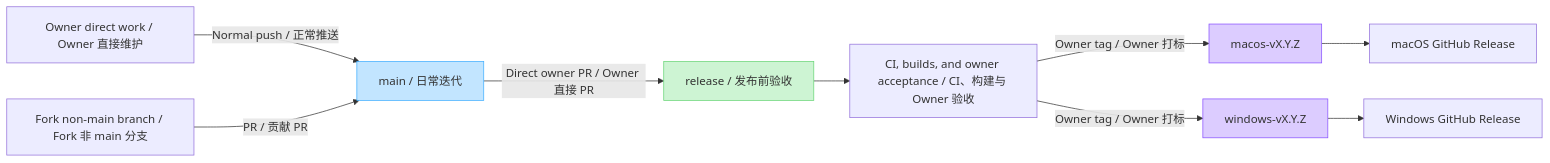
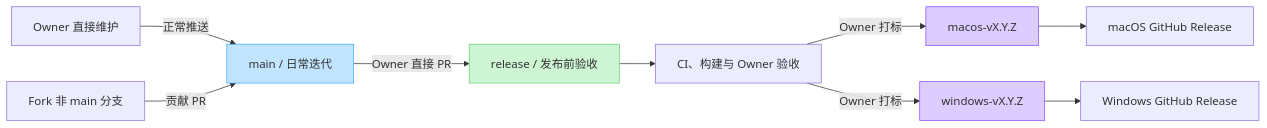
One commit to shotpaste/shotpaste changed the diagram in CONTRIBUTING.md. Above: the diagram before and after it, drawn with Mermaid. The commit also changed other lines of this file and 107 other files, not shown here.

Commit message:
refactor: align recording flows and documentation

````diff
--- a/CONTRIBUTING.md
+++ b/CONTRIBUTING.md
@@ -123,26 +87,26 @@
 ```mermaid
 flowchart LR
-    ownerDirect["Owner direct work / Owner 直接维护"]
-    forkBranch["Fork non-main branch / Fork 非 main 分支"]
+    ownerDirect["Owner 直接维护"]
+    forkBranch["Fork 非 main 分支"]
     mainBranch["main / 日常迭代"]
     releaseBranch["release / 发布前验收"]
-    acceptance["CI, builds, and owner acceptance / CI、构建与 Owner 验收"]
+    acceptance["CI、构建与 Owner 验收"]
     macTag["macos-vX.Y.Z"]
     windowsTag["windows-vX.Y.Z"]
     macRelease["macOS GitHub Release"]
     windowsRelease["Windows GitHub Release"]
 
-    ownerDirect -->|"Normal push / 正常推送"| mainBranch
-    forkBranch -->|"PR / 贡献 PR"| mainBranch
-    mainBranch -->|"Direct owner PR / Owner 直接 PR"| releaseBranch
+    ownerDirect -->|"正常推送"| mainBranch
+    forkBranch -->|"贡献 PR"| mainBranch
+    mainBranch -->|"Owner 直接 PR"| releaseBranch
     releaseBranch --> acceptance
-    acceptance -->|"Owner tag / Owner 打标"| macTag
-    acceptance -->|"Owner tag / Owner 打标"| windowsTag
+    acceptance -->|"Owner 打标"| macTag
+    acceptance -->|"Owner 打标"| windowsTag
     macTag --> macRelease
     windowsTag --> windowsRelease
 
     style mainBranch fill:#C2E5FF,stroke:#3DADFF
     style releaseBranch fill:#CDF4D3,stroke:#66D575
     style macTag fill:#DCCCFF,stroke:#874FFF
     style windowsTag fill:#DCCCFF,stroke:#874FFF
 ```
````
